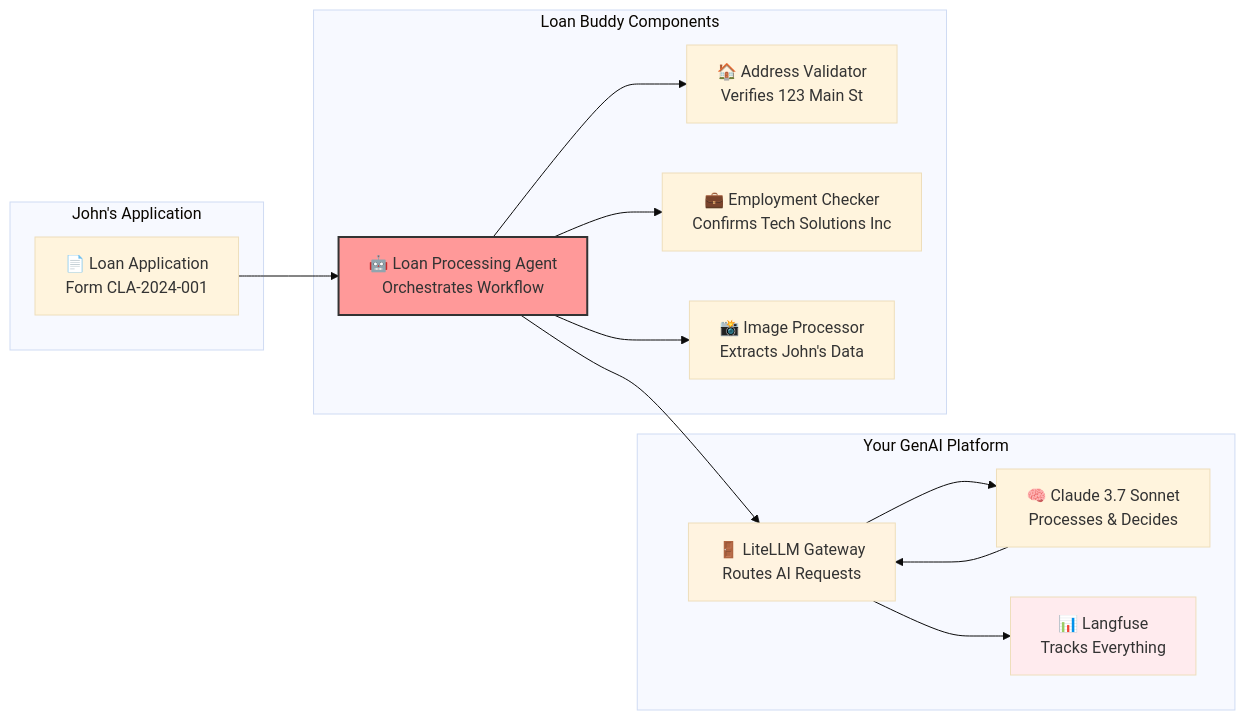
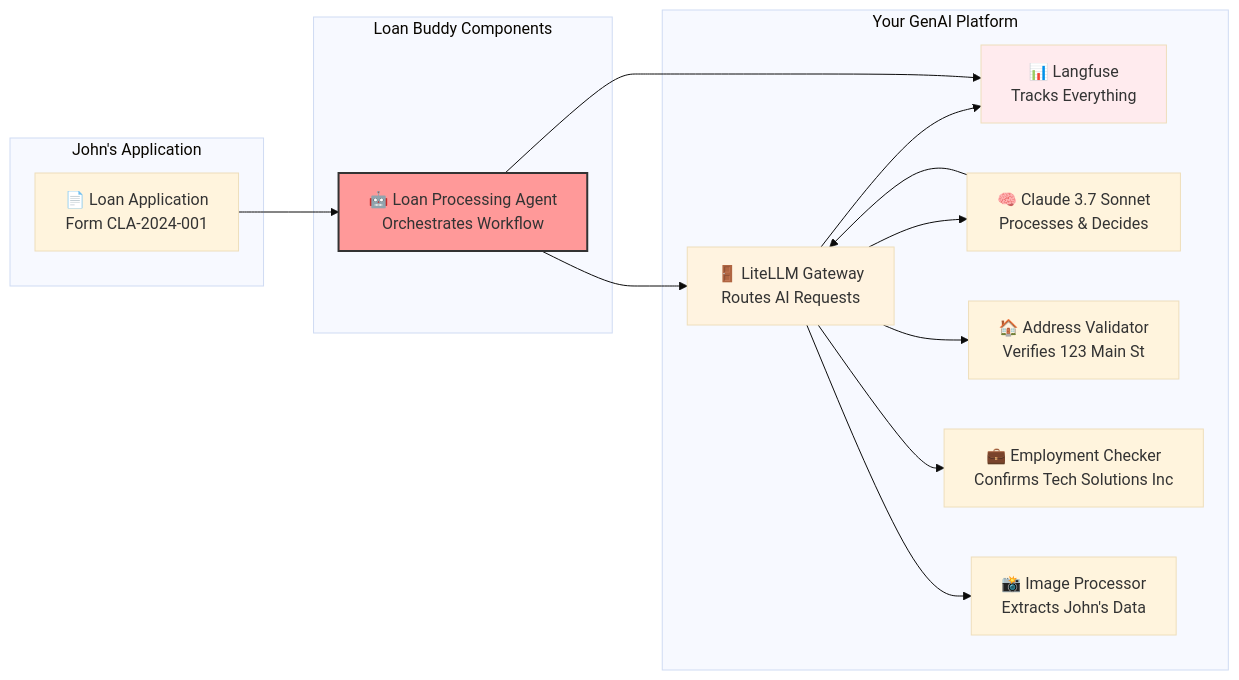
One commit to aws-samples/sample-genai-on-eks-starter-kit changed the diagram in workshops/eks-genai-workshop/content/module3-genai-applications/usecase.en.md. Above: the diagram before and after it, drawn with Mermaid (base theme). The commit also changed 1 other file, not shown here.

Commit message:
Update Diagrams

````diff
--- a/workshops/eks-genai-workshop/content/module3-genai-applications/usecase.en.md
+++ b/workshops/eks-genai-workshop/content/module3-genai-applications/usecase.en.md
@@ -91,33 +91,35 @@
 ```mermaid
 graph LR
     subgraph "John's Application"
         APP[📄 Loan Application<br/>Form CLA-2024-001]
     end
     
     subgraph "Your GenAI Platform"
         GATEWAY[🚪 LiteLLM Gateway<br/>Routes AI Requests]
+        LANGFUSE[📊 Langfuse<br/>Tracks Everything]
         CLAUDE[🧠 Claude 3.7 Sonnet<br/>Processes & Decides]
-        LANGFUSE[📊 Langfuse<br/>Tracks Everything]
+        MCP1[🏠 Address Validator<br/>Verifies 123 Main St]
+        MCP2[💼 Employment Checker<br/>Confirms Tech Solutions Inc]
+        MCP3[📸 Image Processor<br/>Extracts John's Data]
     end
     
     subgraph "Loan Buddy Components"
         AGENT[🤖 Loan Processing Agent<br/>Orchestrates Workflow]
-        MCP1[🏠 Address Validator<br/>Verifies 123 Main St]
-        MCP2[💼 Employment Checker<br/>Confirms Tech Solutions Inc]
-        MCP3[📸 Image Processor<br/>Extracts John's Data]
     end
     
     APP --> AGENT
     AGENT --> GATEWAY
     GATEWAY --> CLAUDE
     CLAUDE --> GATEWAY
     GATEWAY --> LANGFUSE
     
-    AGENT --> MCP1
-    AGENT --> MCP2
-    AGENT --> MCP3
+    GATEWAY --> MCP1
+    GATEWAY --> MCP2
+    GATEWAY --> MCP3
+
+    AGENT --> LANGFUSE
     
     style AGENT fill:#ff9999,stroke:#333,stroke-width:2px
     style GATEWAY fill:#fff3e0
     style LANGFUSE fill:#ffebee
 ```
````
